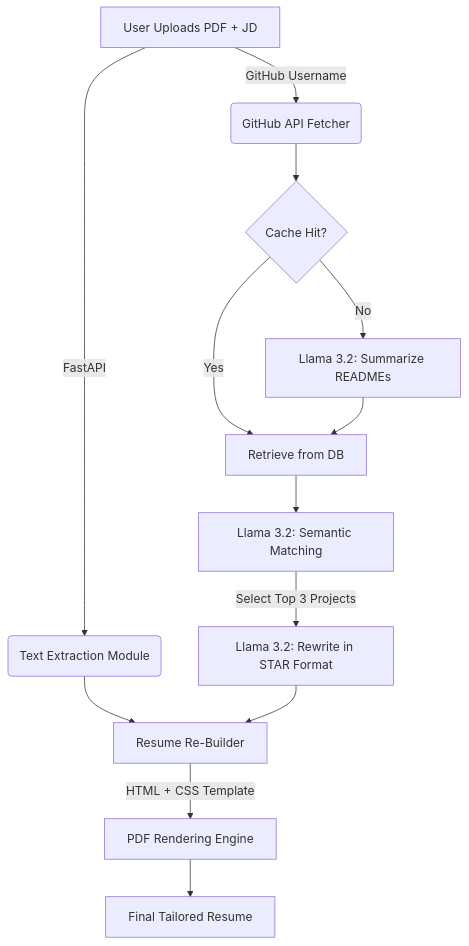
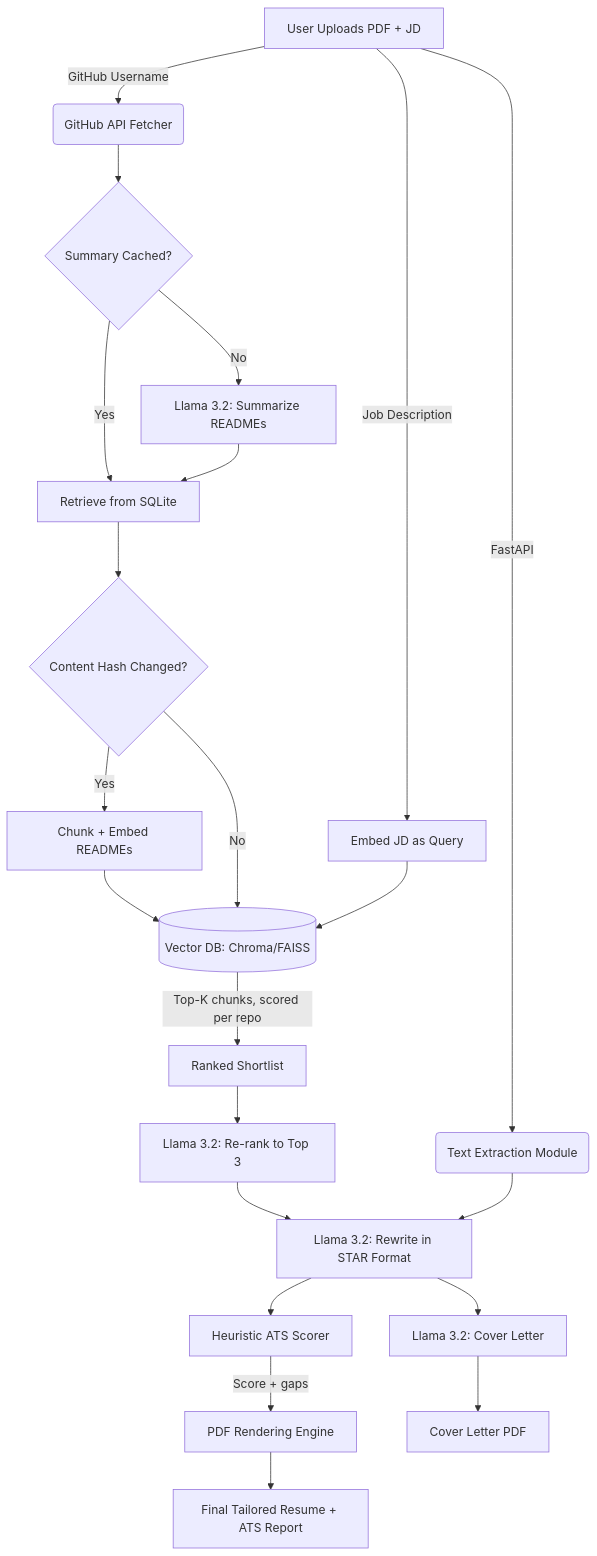
Before and after one commit to prasanta10/HireReady-AI: the diagram in README.md, drawn with Mermaid. The commit also changed other lines of this file, not shown here.

````diff
--- a/README.md
+++ b/README.md
@@ -49,15 +57,24 @@
 ```mermaid
 graph TD
     A[User Uploads PDF + JD] -->|FastAPI| B(Text Extraction Module)
     A -->|GitHub Username| C(GitHub API Fetcher)
-    C --> D{Cache Hit?}
+    C --> D{Summary Cached?}
     D -- No --> E[Llama 3.2: Summarize READMEs]
-    D -- Yes --> F[Retrieve from DB]
+    D -- Yes --> F[Retrieve from SQLite]
     E --> F
-    F --> G[Llama 3.2: Semantic Matching]
-    G -->|Select Top 3 Projects| H[Llama 3.2: Rewrite in STAR Format]
-    B --> I[Resume Re-Builder]
-    H --> I
-    I -->|HTML + CSS Template| J[PDF Rendering Engine]
-    J --> K[Final Tailored Resume]
+    F --> G{Content Hash Changed?}
+    G -- Yes --> H[Chunk + Embed READMEs]
+    H --> V[(Vector DB: Chroma/FAISS)]
+    G -- No --> V
+    A -->|Job Description| Q[Embed JD as Query]
+    Q --> V
+    V -->|Top-K chunks, scored per repo| S[Ranked Shortlist]
+    S --> R[Llama 3.2: Re-rank to Top 3]
+    R --> W[Llama 3.2: Rewrite in STAR Format]
+    B --> W
+    W --> X[Heuristic ATS Scorer]
+    X -->|Score + gaps| Y[PDF Rendering Engine]
+    W --> Z[Llama 3.2: Cover Letter]
+    Y --> K[Final Tailored Resume + ATS Report]
+    Z --> L[Cover Letter PDF]
 ```
````
